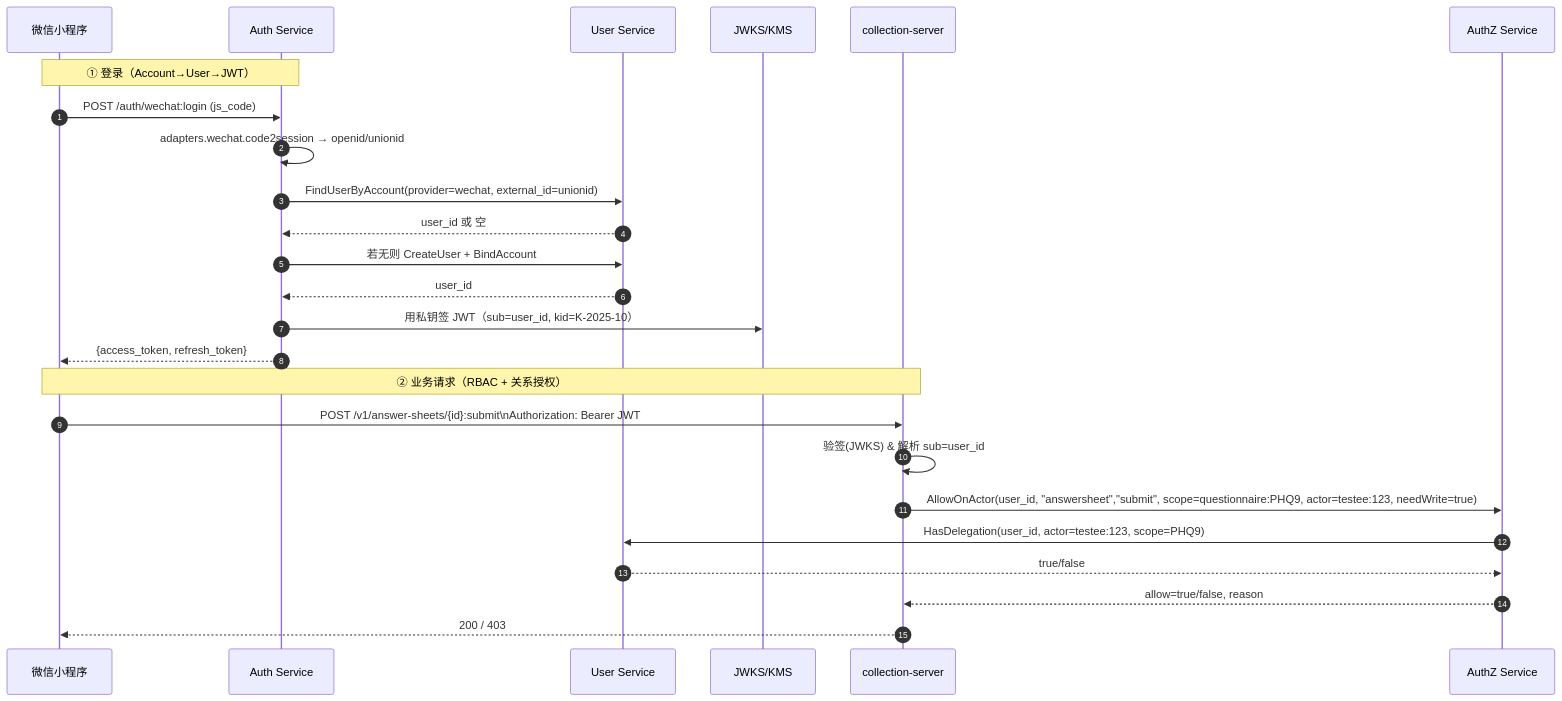
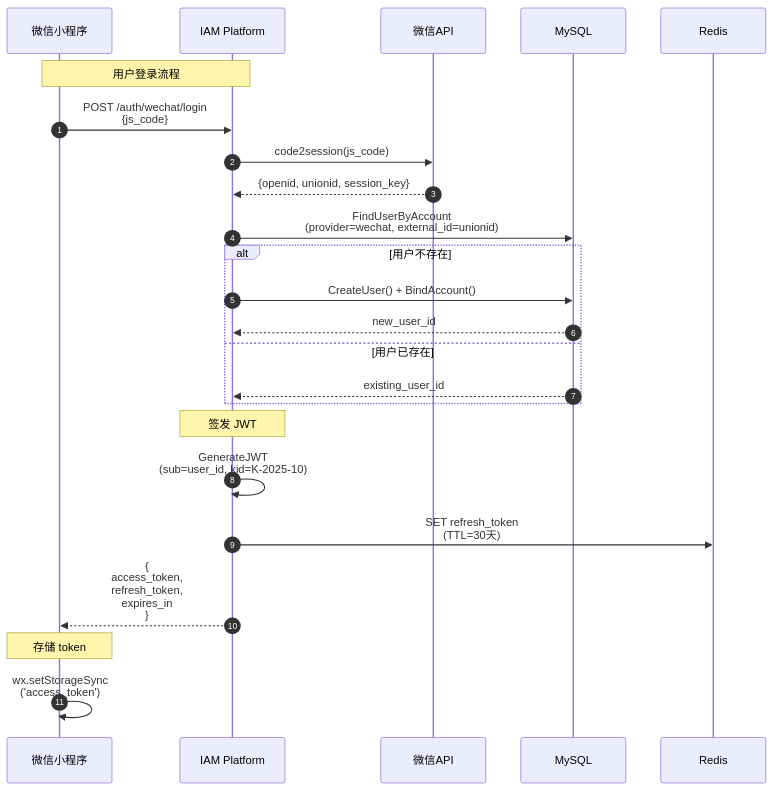
The fourth of 5 diagrams in README.md (FangcunMount/iam-contracts), drawn with Mermaid before and after one commit. The commit also changed other lines of this file, not shown here.

````diff
--- a/README.md
+++ b/README.md
@@ -156,31 +326,32 @@
 ```mermaid
+sequenceDiagram
+    autonumber
+    participant MP as 微信小程序
+    participant IAM as IAM Platform
+    participant WX as 微信API
+    participant DB as MySQL
+    participant Redis as Redis
 
-sequenceDiagram
-  autonumber
-  participant MP as 微信小程序
-  participant AS as Auth Service
-  participant US as User Service
-  participant JW as JWKS/KMS
-  participant B as collection-server
-  participant PDP as AuthZ Service
-
-  Note over MP,AS: ① 登录（Account→User→JWT）
-  MP->>AS: POST /auth/wechat:login (js_code)
-  AS->>AS: adapters.wechat.code2session → openid/unionid
-  AS->>US: FindUserByAccount(provider=wechat, external_id=unionid)
-  US-->>AS: user_id 或 空
-  AS->>US: 若无则 CreateUser + BindAccount
-  US-->>AS: user_id
-  AS->>JW: 用私钥签 JWT（sub=user_id, kid=K-2025-10）
-  AS-->>MP: {access_token, refresh_token}
-
-  Note over MP,B: ② 业务请求（RBAC + 关系授权）
-  MP->>B: POST /v1/answer-sheets/{id}:submit\nAuthorization: Bearer JWT
-  B->>B: 验签(JWKS) & 解析 sub=user_id
-  B->>PDP: AllowOnActor(user_id, "answersheet","submit", scope=questionnaire:PHQ9, actor=testee:123, needWrite=true)
-  PDP->>US: HasDelegation(user_id, actor=testee:123, scope=PHQ9)
-  US-->>PDP: true/false
-  PDP-->>B: allow=true/false, reason
-  B-->>MP: 200 / 403
-
+    Note over MP,IAM: 用户登录流程
+    MP->>IAM: POST /auth/wechat/login<br/>{js_code}
+    IAM->>WX: code2session(js_code)
+    WX-->>IAM: {openid, unionid, session_key}
+    
+    IAM->>DB: FindUserByAccount<br/>(provider=wechat, external_id=unionid)
+    
+    alt 用户不存在
+        IAM->>DB: CreateUser() + BindAccount()
+        DB-->>IAM: new_user_id
+    else 用户已存在
+        DB-->>IAM: existing_user_id
+    end
+    
+    Note over IAM: 签发 JWT
+    IAM->>IAM: GenerateJWT<br/>(sub=user_id, kid=K-2025-10)
+    IAM->>Redis: SET refresh_token<br/>(TTL=30天)
+    
+    IAM-->>MP: {<br/>  access_token,<br/>  refresh_token,<br/>  expires_in<br/>}
+    
+    Note over MP: 存储 token
+    MP->>MP: wx.setStorageSync<br/>('access_token')
 ```
````
